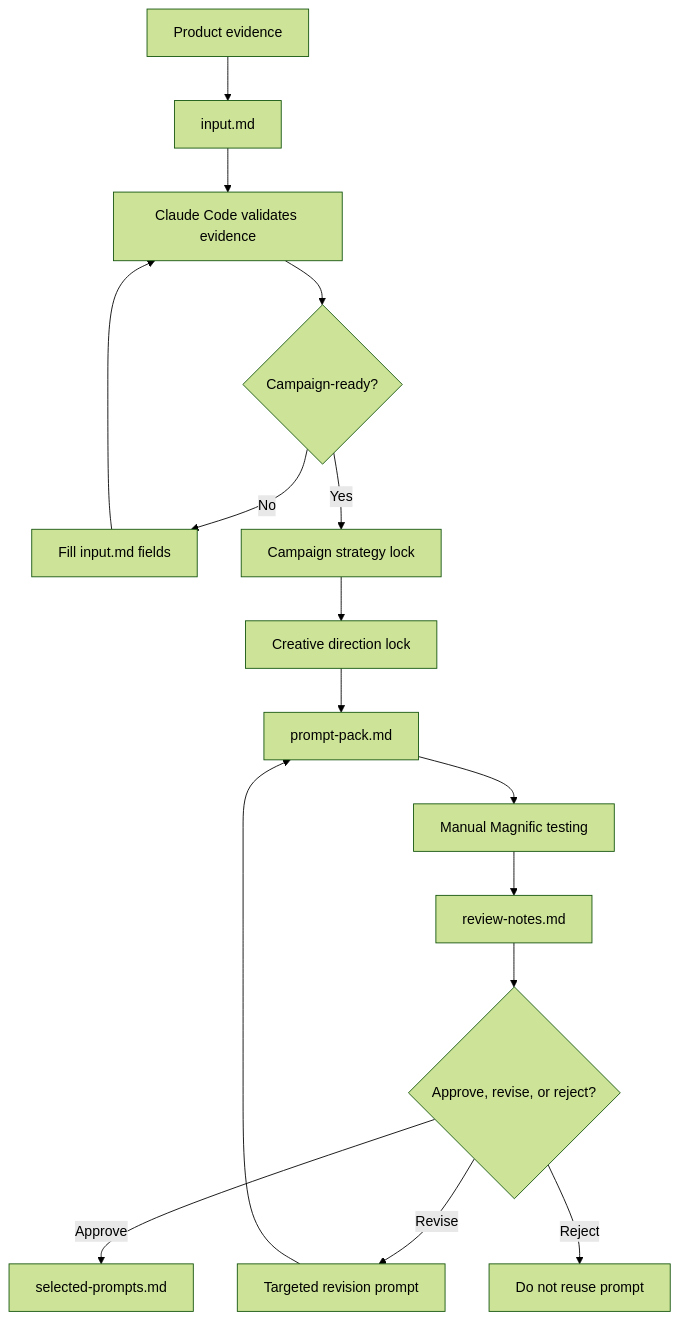
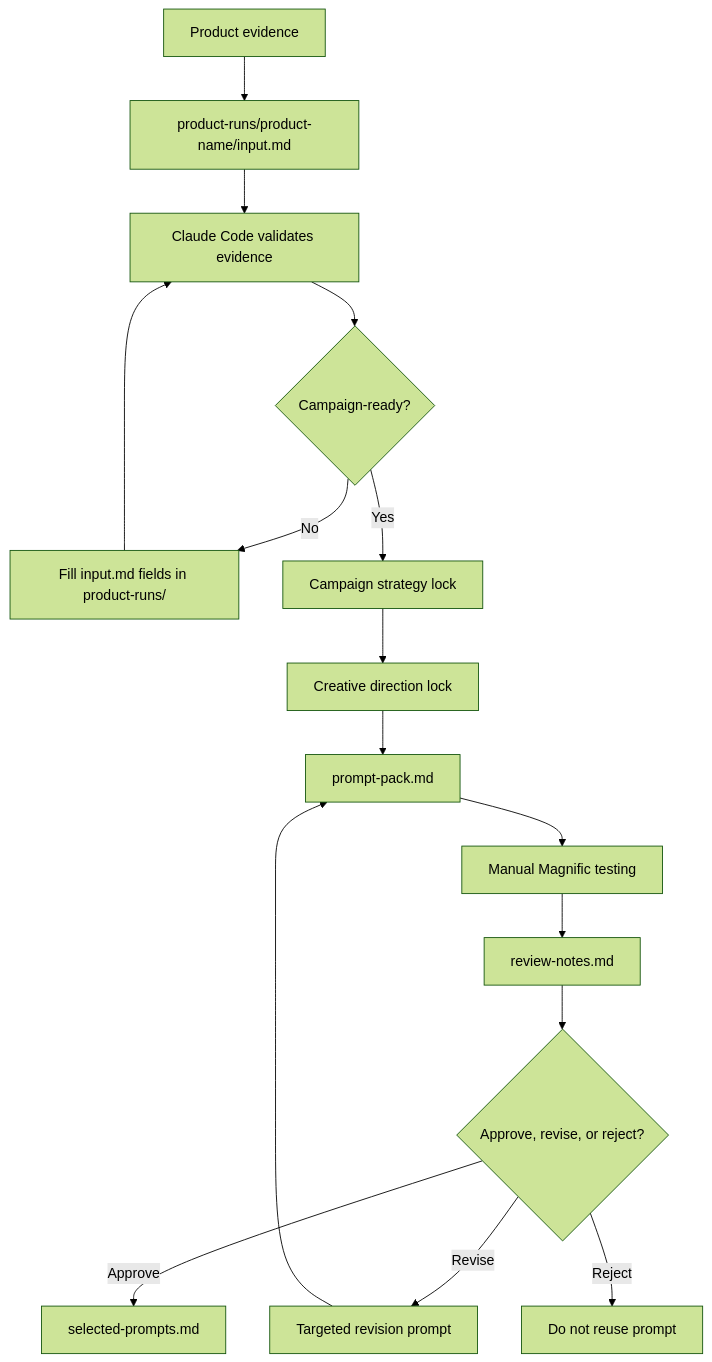
One commit to unknown19951111-max/System changed the diagram in README.md. Above: the diagram before and after it, drawn with Mermaid (forest theme). The commit also changed other lines of this file and 2 other files, not shown here.

````diff
--- a/README.md
+++ b/README.md
@@ -22,18 +22,18 @@
 ```mermaid
 flowchart TD
-    A[Product evidence] --> B[input.md]
+    A[Product evidence] --> B[product-runs/product-name/input.md]
     B --> C[Claude Code validates evidence]
     C --> D{Campaign-ready?}
-    D -->|No| E[Fill input.md fields]
+    D -->|No| E[Fill input.md fields in product-runs/]
     E --> C
     D -->|Yes| F[Campaign strategy lock]
     F --> G[Creative direction lock]
     G --> H[prompt-pack.md]
     H --> I[Manual Magnific testing]
     I --> J[review-notes.md]
     J --> K{Approve, revise, or reject?}
     K -->|Approve| L[selected-prompts.md]
     K -->|Revise| M[Targeted revision prompt]
     M --> H
     K -->|Reject| N[Do not reuse prompt]
 ```
````
